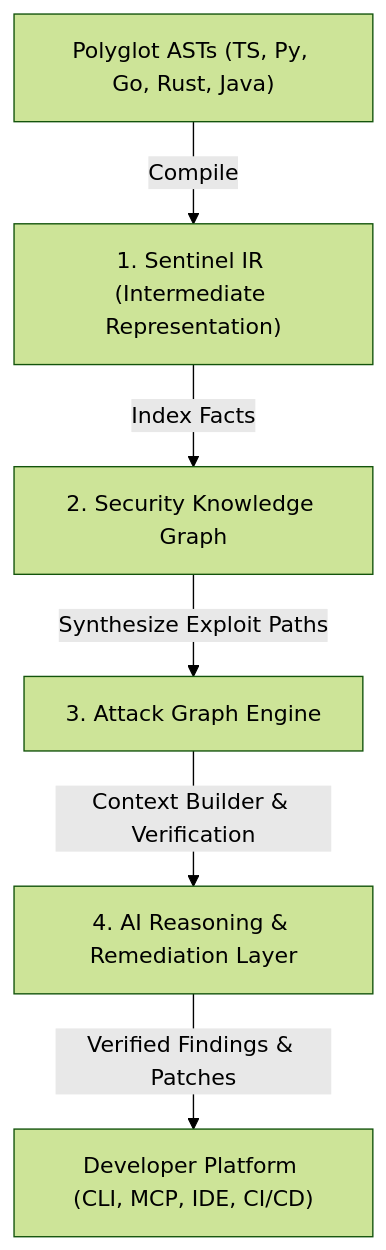
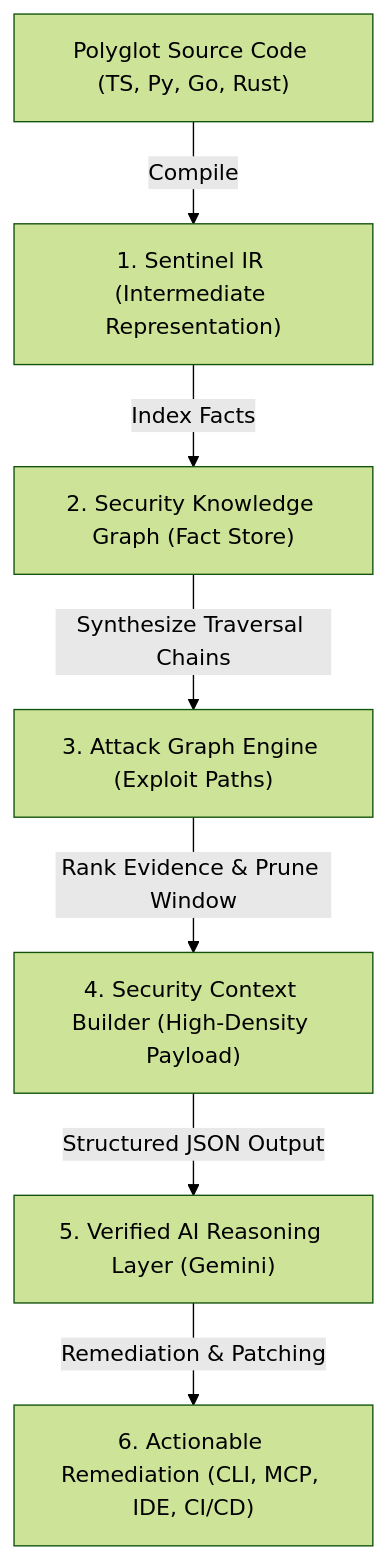
Before and after one commit to Drix10/sentinal: the first of 2 diagrams in plan.md, drawn with Mermaid (forest theme). The commit also changed other lines of this file and 15 other files, not shown here.

Commit message:
feat: implement sentinel core CLI with AI-driven attack analysis, remediation, and configuration commands

````diff
--- a/plan.md
+++ b/plan.md
@@ -17,8 +19,9 @@
 ```mermaid
 graph TD
-    AST["Polyglot ASTs (TS, Py, Go, Rust, Java)"] -->|Compile| IR["1. Sentinel IR (Intermediate Representation)"]
-    IR -->|Index Facts| SKG["2. Security Knowledge Graph"]
-    SKG -->|Synthesize Exploit Paths| AG["3. Attack Graph Engine"]
-    AG -->|Context Builder & Verification| AI["4. AI Reasoning & Remediation Layer"]
-    AI -->|Verified Findings & Patches| DX["Developer Platform (CLI, MCP, IDE, CI/CD)"]
+    AST["Polyglot Source Code (TS, Py, Go, Rust)"] -->|Compile| IR["1. Sentinel IR (Intermediate Representation)"]
+    IR -->|Index Facts| SKG["2. Security Knowledge Graph (Fact Store)"]
+    SKG -->|Synthesize Traversal Chains| AG["3. Attack Graph Engine (Exploit Paths)"]
+    AG -->|Rank Evidence & Prune Window| SCB["4. Security Context Builder (High-Density Payload)"]
+    SCB -->|Structured JSON Output| AI["5. Verified AI Reasoning Layer (Gemini)"]
+    AI -->|Remediation & Patching| DX["6. Actionable Remediation (CLI, MCP, IDE, CI/CD)"]
 ```
````
